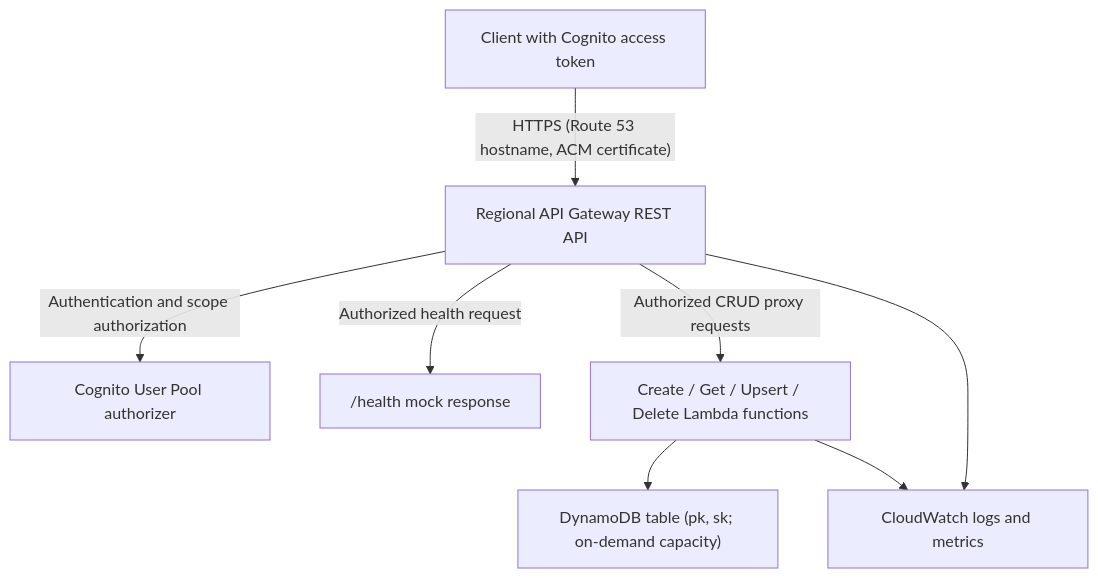
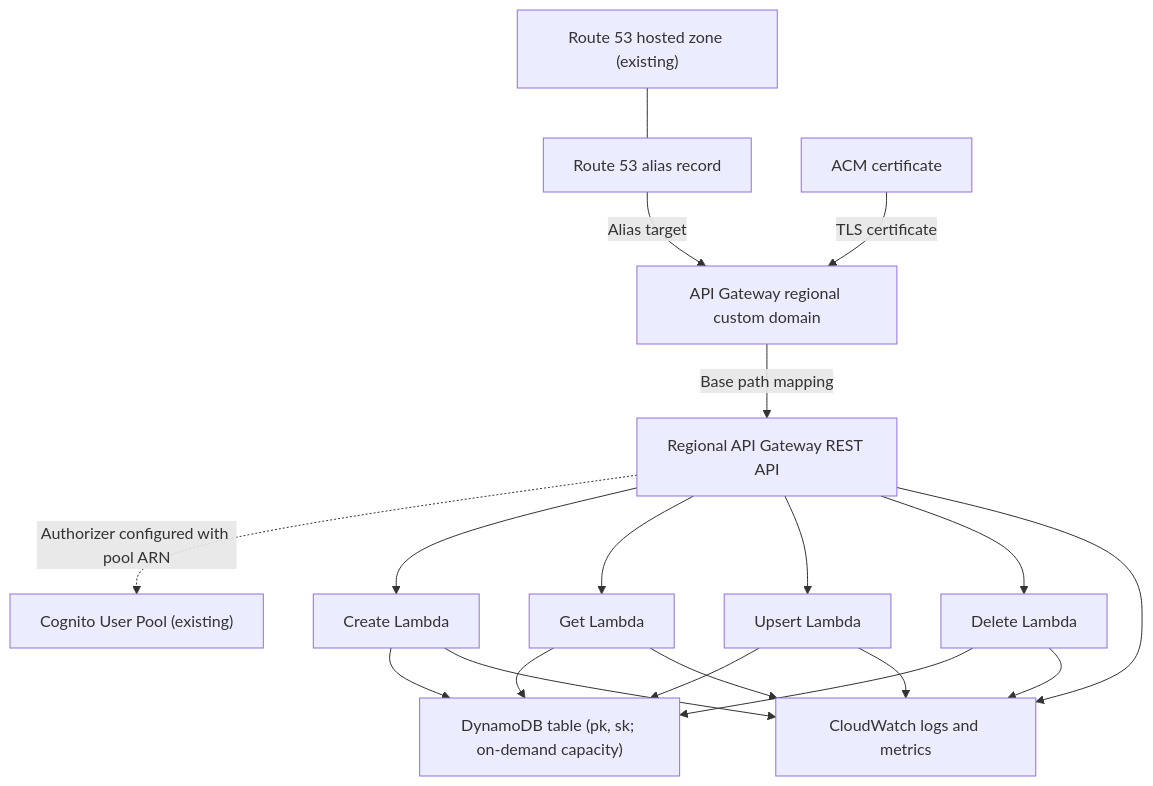
The fourth of 5 diagrams in skeleton/crud/docs/architecture.md (ServerlessOpsIO/backstage-aws-sam-python-template), drawn with Mermaid before and after one commit. The commit also changed other lines of this file, not shown here.

Commit message:
docs: add logical sequence and CloudFormation architecture diagrams

````diff
--- a/skeleton/crud/docs/architecture.md
+++ b/skeleton/crud/docs/architecture.md
@@ -23,18 +122,34 @@
 ```mermaid
 flowchart TD
-    Client["Client with Cognito access token"]
+    Zone["Route 53 hosted zone (existing)"]
+    Record["Route 53 alias record"]
+    Certificate["ACM certificate"]
+    Domain["API Gateway regional custom domain"]
     Api["Regional API Gateway REST API"]
-    Cognito["Cognito User Pool authorizer"]
-    Health["/health mock response"]
-    Functions["Create / Get / Upsert / Delete Lambda functions"]
+    Cognito["Cognito User Pool (existing)"]
+    Create["Create Lambda"]
+    Get["Get Lambda"]
+    Upsert["Upsert Lambda"]
+    Delete["Delete Lambda"]
     Table["DynamoDB table (pk, sk; on-demand capacity)"]
     CloudWatch["CloudWatch logs and metrics"]
 
-    Client -->|"HTTPS (Route 53 hostname, ACM certificate)"| Api
-    Api -->|"Authentication and scope authorization"| Cognito
-    Api -->|"Authorized health request"| Health
-    Api -->|"Authorized CRUD proxy requests"| Functions
-    Functions --> Table
+    Zone --- Record
+    Record -->|"Alias target"| Domain
+    Certificate -->|"TLS certificate"| Domain
+    Domain -->|"Base path mapping"| Api
+    Api -.->|"Authorizer configured with pool ARN"| Cognito
+    Api --> Create
+    Api --> Get
+    Api --> Upsert
+    Api --> Delete
+    Create --> Table
+    Get --> Table
+    Upsert --> Table
+    Delete --> Table
     Api --> CloudWatch
-    Functions --> CloudWatch
+    Create --> CloudWatch
+    Get --> CloudWatch
+    Upsert --> CloudWatch
+    Delete --> CloudWatch
 ```
````
